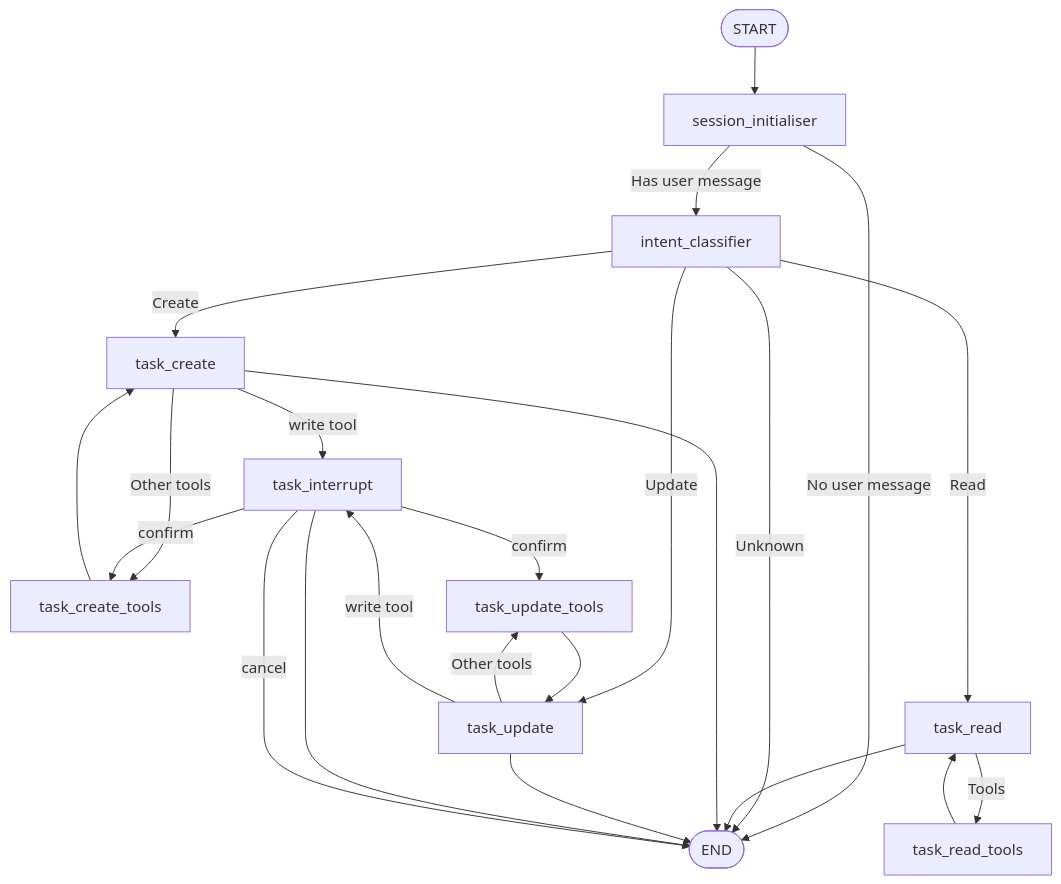
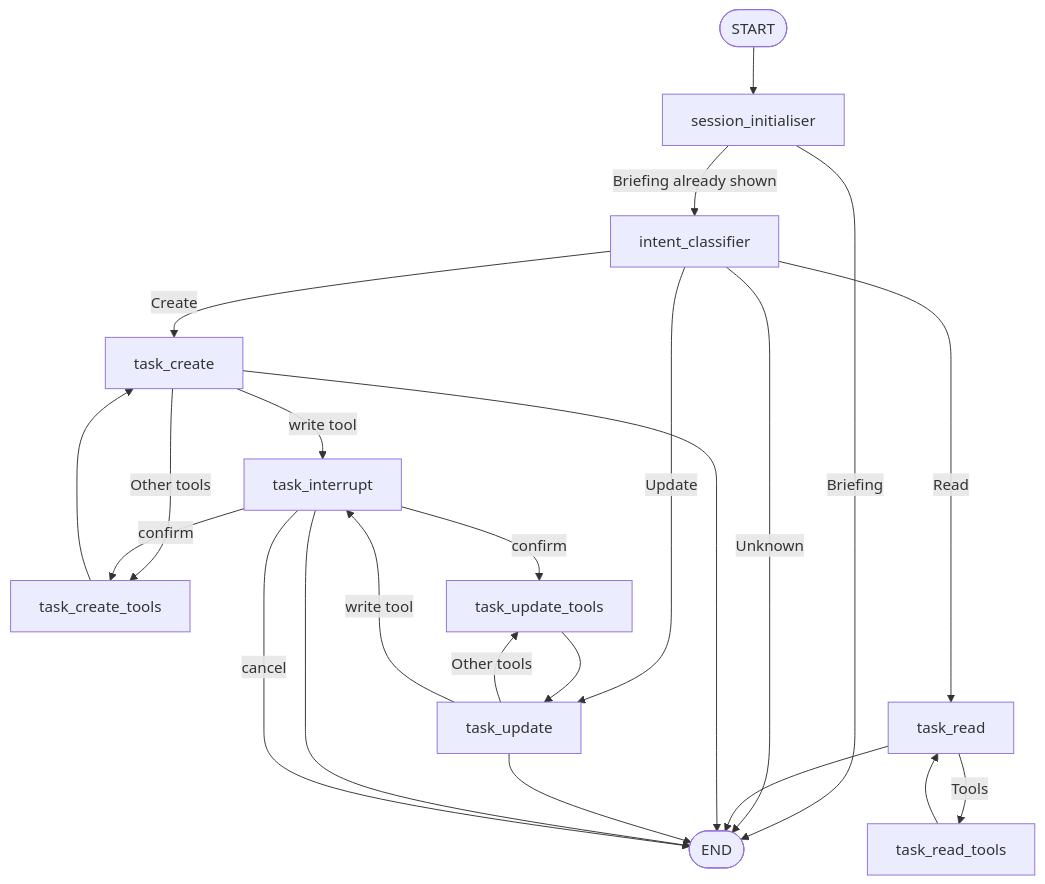
One commit to Eisler18/assistant_agent changed the diagram in docs/graph.md. Above: the diagram before and after it, drawn with Mermaid.

````diff
--- a/docs/graph.md
+++ b/docs/graph.md
@@ -11,36 +11,36 @@
 ```mermaid
 flowchart TD
   START([START]) --> session_initialiser
-  session_initialiser --No user message--> END
-  session_initialiser --Has user message--> intent_classifier
+  session_initialiser --Briefing--> END
+  session_initialiser --Briefing already shown--> intent_classifier
   intent_classifier --Create --> task_create
   intent_classifier --Update --> task_update
   intent_classifier --Read --> task_read
   intent_classifier --Unknown --> END
 
   task_read --> END
   task_create --> END
   task_update --> END
   task_interrupt --> END
 
   task_read --Tools--> task_read_tools --> task_read
   task_create --Other tools --> task_create_tools --> task_create
   task_update --Other tools --> task_update_tools --> task_update
 
   task_update -->|write tool| task_interrupt
   task_create -->|write tool| task_interrupt
   task_interrupt -->|confirm| task_create_tools
   task_interrupt -->|confirm| task_update_tools
   task_interrupt -->|cancel| END
 
   intent_classifier[intent_classifier]
   task_read[task_read]
   task_create[task_create]
   task_update[task_update]
   task_read_tools[task_read_tools]
   task_create_tools[task_create_tools]
   task_update_tools[task_update_tools]
   task_interrupt[task_interrupt]
   session_initialiser[session_initialiser]
   END([END])
 ```
````
